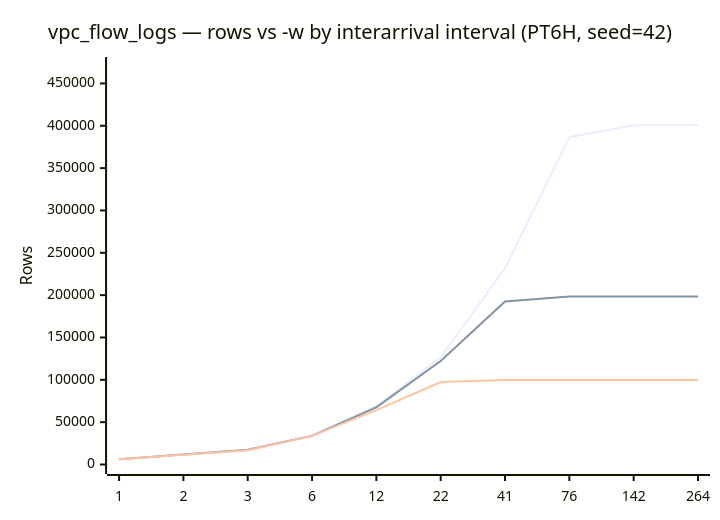
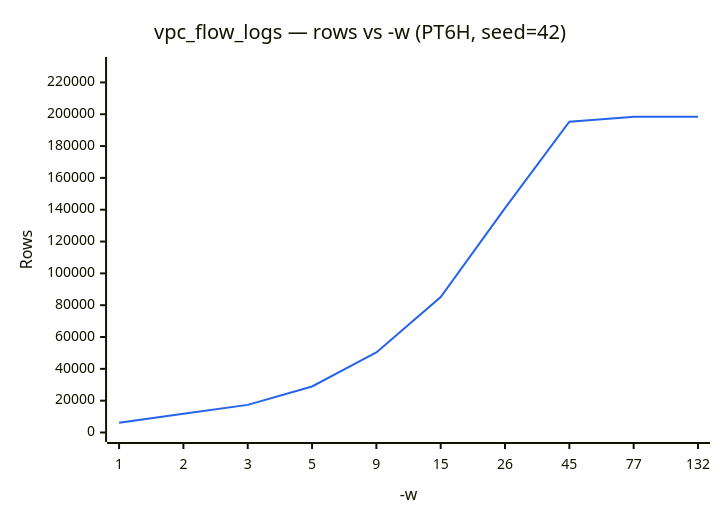
One commit to implydata/imply-eventgenerator changed the second of 2 diagrams in docs/presets/vpc_flow_logs.md. Above: the diagram before and after it, drawn with Mermaid. The commit also changed other lines of this file and 5 other files, not shown here.

First line of the commit message:
Add endpoint_network/vpc_flow_logs to new Volume format; exact-match plateau shortcut; left-align grid tables; longer default timeout

````diff
--- a/docs/presets/vpc_flow_logs.md
+++ b/docs/presets/vpc_flow_logs.md
@@ -78,9 +63,8 @@
 ```mermaid
+%%{init: {'themeVariables': {'xyChart': {'plotColorPalette': '#2563eb'}}}}%%
 xychart-beta
-    title "vpc_flow_logs — rows vs -w by interarrival interval (PT6H, seed=42)"
-    x-axis [1, 2, 3, 6, 12, 22, 41, 76, 142, 264]
-    y-axis "Rows" 0 --> 470000
-    line [6115, 11749, 17196, 34522, 68828, 126496, 231698, 386451, 400625, 400625]
-    line [6116, 11771, 17362, 33806, 67583, 122248, 192555, 198392, 198392, 198392]
-    line [6140, 11397, 16878, 33800, 64278, 97322, 99766, 99766, 99766, 99766]
+    title "vpc_flow_logs — rows vs -w (PT6H, seed=42)"
+    x-axis "-w" [1, 2, 3, 5, 9, 15, 26, 45, 77, 132]
+    y-axis "Rows" 0 --> 230000
+    line [6116, 11771, 17362, 28940, 50317, 85101, 140958, 195269, 198392, 198392]
 ```
````
